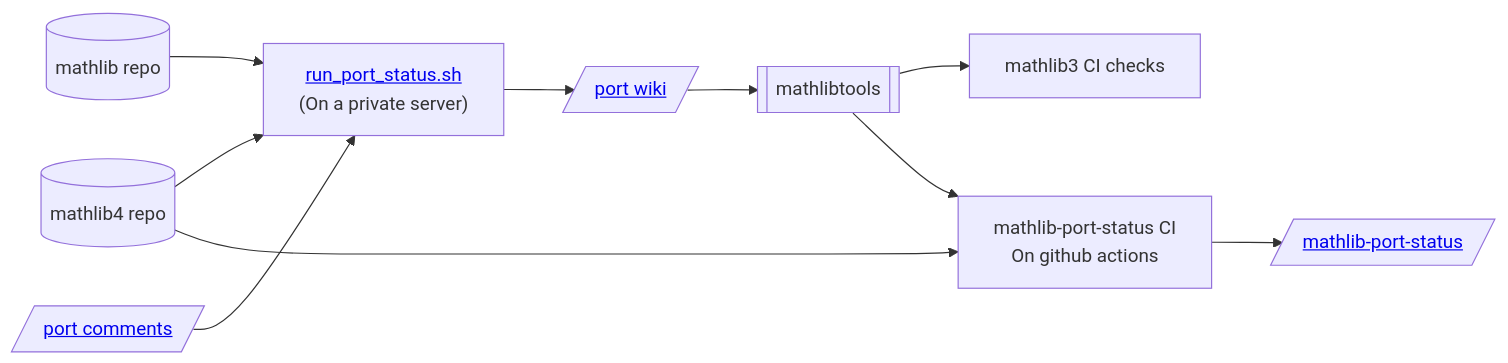
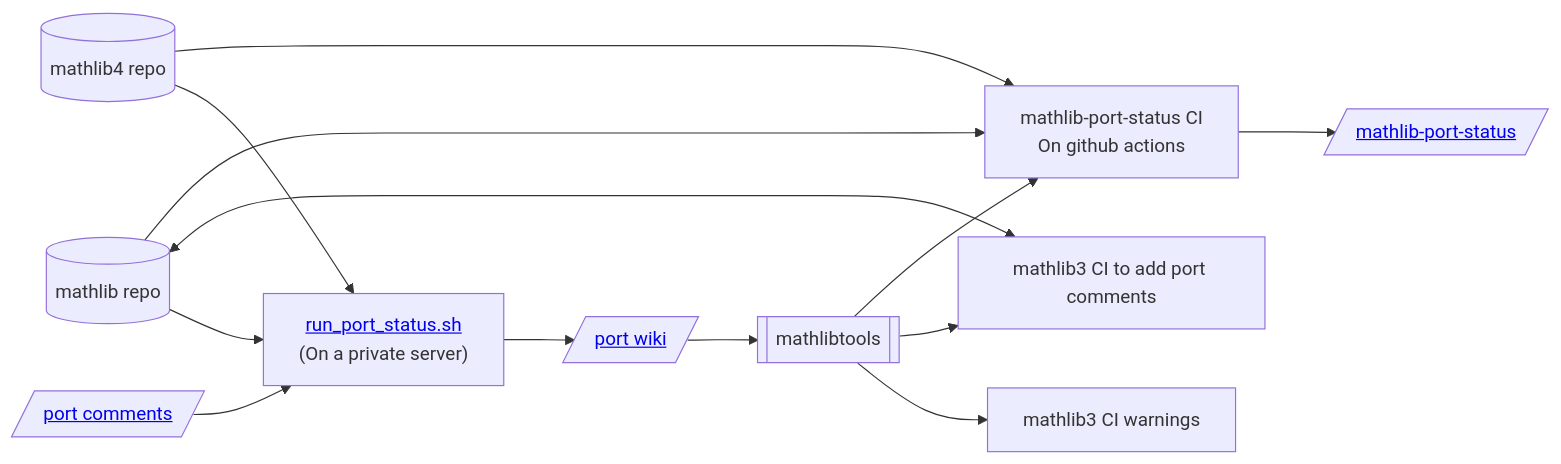
Before and after one commit to leanprover-community/mathlib-port-status: the diagram in README.md, drawn with Mermaid.

Commit message:
Add some missing arrows

````diff
--- a/README.md
+++ b/README.md
@@ -6,21 +6,27 @@
 ```mermaid
 graph LR;
     mathlib4[(mathlib4 repo)]
     mathlib3[(mathlib repo)]
     port-comments[/"<a href='https://raw.githubusercontent.com/wiki/leanprover-community/mathlib4/port-comments.md'>port comments</a>"/]
     run_port_status["<a href='https://github.com/leanprover-community/mathlib4/blob/master/scripts/run_port_status.sh'>run_port_status.sh</a><br />(On a private server)"]
     port-wiki[/"<a href='https://github.com/leanprover-community/mathlib/wiki/mathlib4-port-status'>port wiki</a>"/]
     mathlibtools[[mathlibtools]]
     mathlib-port-status-ci[mathlib-port-status CI<br />On github actions]
     mathlib-port-status[/"<a href='https://leanprover-community.github.io/mathlib-port-status/'>mathlib-port-status</a>"/]
-    mathlib3-ci[mathlib3 CI checks]
-    mathlib3-->run_port_status;
+    mathlib3-ci[mathlib3 CI warnings];
+    mathlib3-comments[mathlib3 CI to add port comments];
     mathlib4-->run_port_status;
     port-comments-->run_port_status;
     run_port_status-->port-wiki;
     port-wiki-->mathlibtools;
     mathlibtools-->mathlib3-ci;
+    mathlibtools-->mathlib3-comments;
+    mathlib3-->run_port_status;
+    
+    mathlib3 <-----> mathlib3-comments;
+    
     mathlibtools-->mathlib-port-status-ci;
+    mathlib3-->mathlib-port-status-ci;
     mathlib4-->mathlib-port-status-ci;
     mathlib-port-status-ci-->mathlib-port-status;
 ```
````
